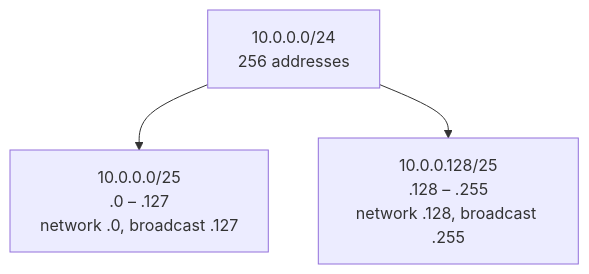
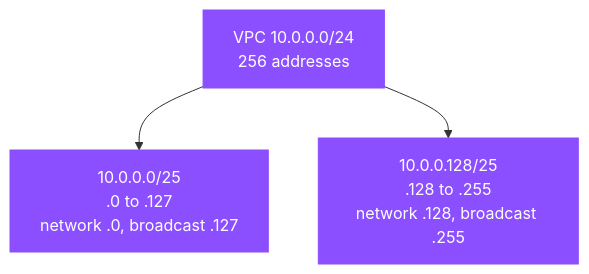
The diagram in 01-concepts/01-networking/01-ip-addressing/01-concepts.md (GabrielAlmeidaFlores/AWS-CloudOps-Engineer-Associate-Doc), drawn with Mermaid before and after one commit. The commit also changed 22 other files, not shown here.

First line of the commit message:
docs: AWS-styled Mermaid, IAM/VPC console screenshots, and AGENTS.md rules

````diff
--- a/01-concepts/01-networking/01-ip-addressing/01-concepts.md
+++ b/01-concepts/01-networking/01-ip-addressing/01-concepts.md
@@ -49,5 +49,7 @@
 ```mermaid
 flowchart TD
-    VPC["10.0.0.0/24<br/>256 addresses"] --> A["10.0.0.0/25<br/>.0 – .127<br/>network .0, broadcast .127"]
-    VPC --> B["10.0.0.128/25<br/>.128 – .255<br/>network .128, broadcast .255"]
+    VPC["VPC 10.0.0.0/24<br/>256 addresses"] --> A["10.0.0.0/25<br/>.0 to .127<br/>network .0, broadcast .127"]
+    VPC --> B["10.0.0.128/25<br/>.128 to .255<br/>network .128, broadcast .255"]
+    classDef network fill:#8C4FFF,stroke:#8C4FFF,color:#ffffff
+    class VPC,A,B network
 ```
````
